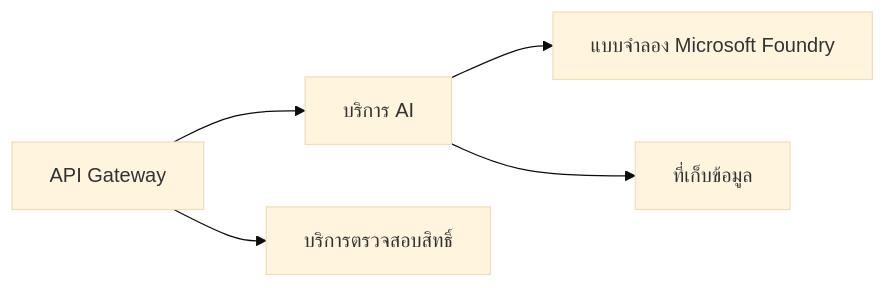
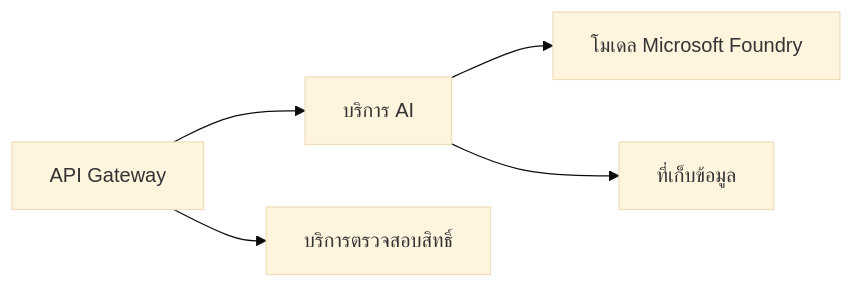
One commit to microsoft/AZD-for-beginners changed the first of 2 diagrams in translations/th/docs/chapter-08-production/README.md. Above: the diagram before and after it, drawn with Mermaid (base theme). The commit also changed other lines of this file and 101 other files, not shown here.

````diff
--- a/translations/th/docs/chapter-08-production/README.md
+++ b/translations/th/docs/chapter-08-production/README.md
@@ -46,6 +48,6 @@
 ```mermaid
 graph LR
-    Gateway[API Gateway] --> AI[บริการ AI] --> Models[แบบจำลอง Microsoft Foundry]
+    Gateway[API Gateway] --> AI[บริการ AI] --> Models[โมเดล Microsoft Foundry]
     Gateway --> Auth[บริการตรวจสอบสิทธิ์]
     AI --> Data[ที่เก็บข้อมูล]
 ```
````
